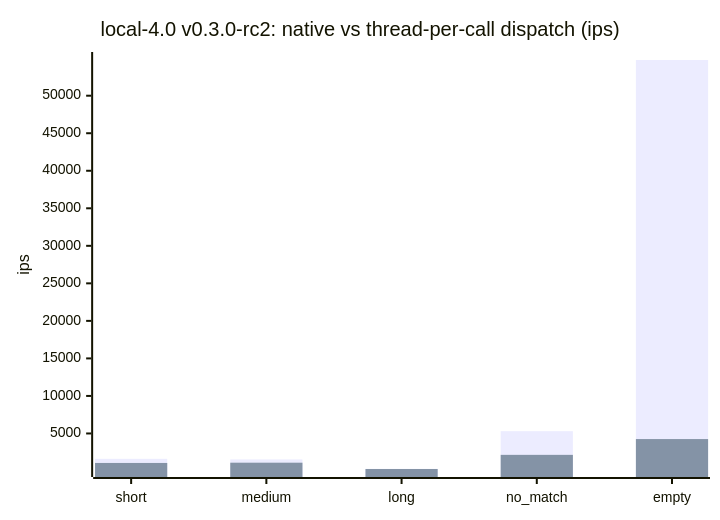
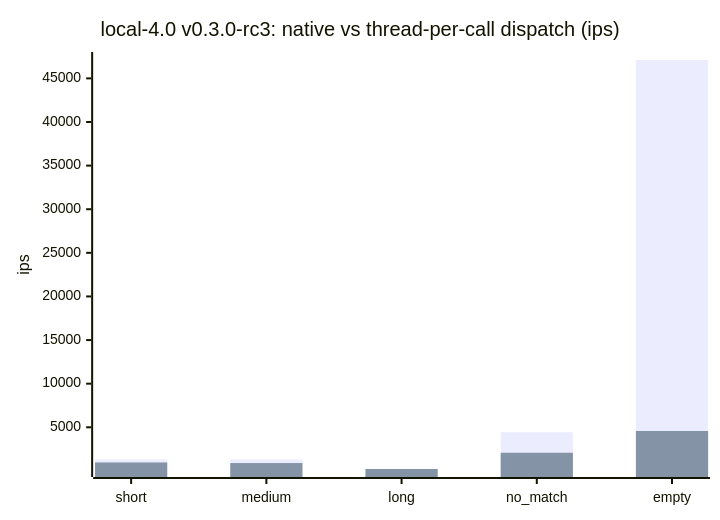
Before and after one commit to cpb/duckling: the fifth of 7 diagrams in docs/benchmarks/README.md, drawn with Mermaid. The commit also changed other lines of this file and 3 other files, not shown here.

````diff
--- a/docs/benchmarks/README.md
+++ b/docs/benchmarks/README.md
@@ -202,8 +202,8 @@
 ```mermaid
 xychart-beta
-    title "local-4.0 v0.3.0-rc2: native vs thread-per-call dispatch (ips)"
+    title "local-4.0 v0.3.0-rc3: native vs thread-per-call dispatch (ips)"
     x-axis [short, medium, long, no_match, empty]
     y-axis "ips"
-    bar "native" [1618.9, 1537.8, 290.8, 5305.2, 54756.8]
-    bar "thread-per-call" [1072.0, 1105.7, 265.7, 2150.9, 4254.3]
+    bar "native" [1317.5, 1313.8, 239.5, 4435.7, 47107.0]
+    bar "thread-per-call" [967.4, 898.1, 217.3, 2080.4, 4573.2]
 ```
````
